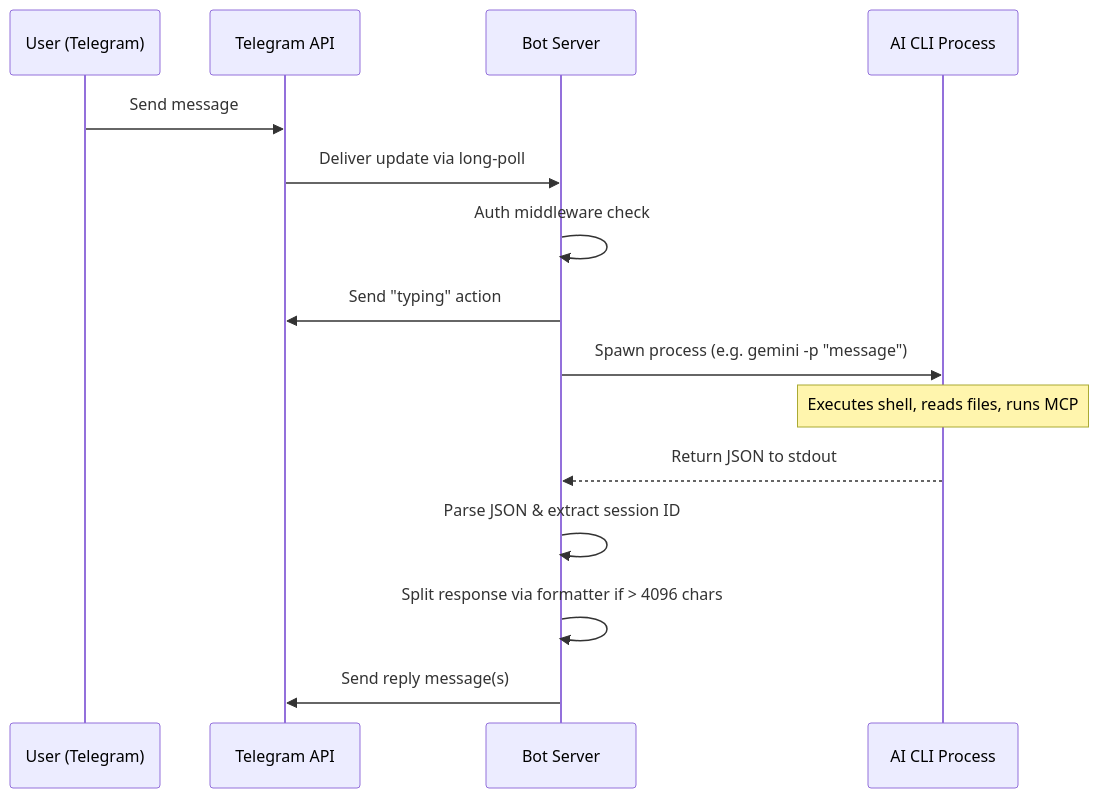
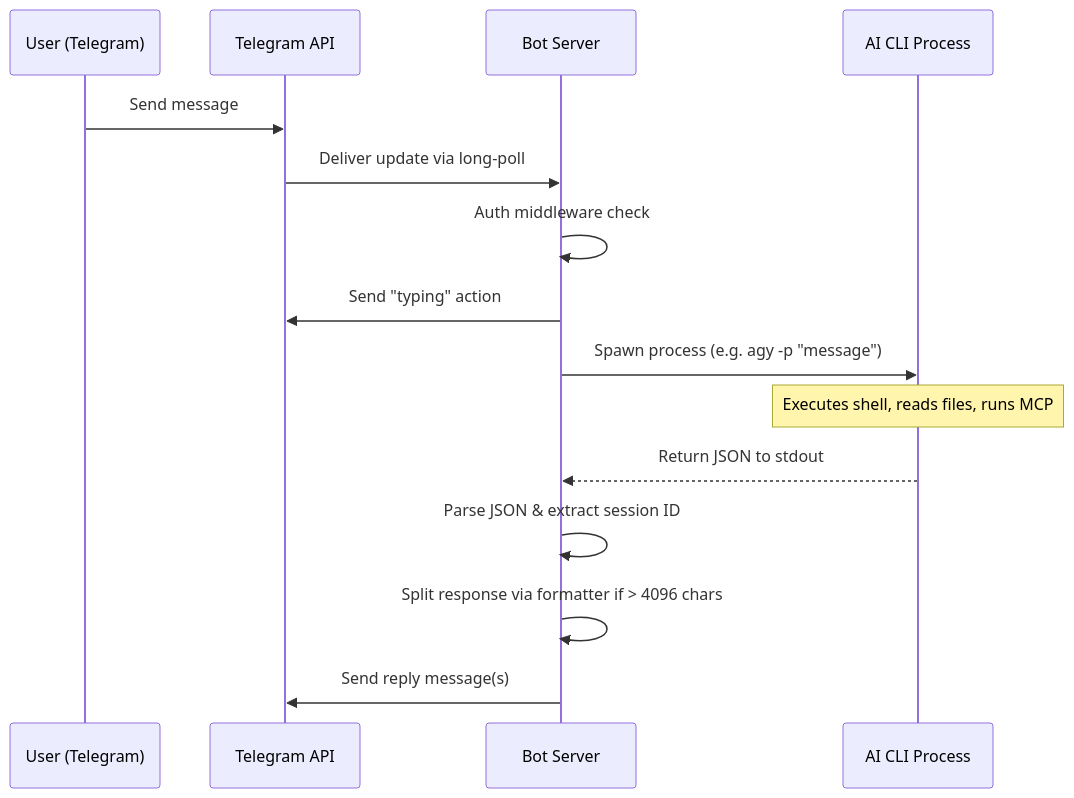
The fourth of 6 diagrams in apps/desktop/nexus-agent/README.md (VitruvianSoftware/vitruvian-core), drawn with Mermaid before and after one commit. The commit also changed other lines of this file and 43 other files, not shown here.

First line of the commit message:
feat: replace the retired Gemini CLI with the Antigravity CLI (agy) (#2373)

````diff
--- a/apps/desktop/nexus-agent/README.md
+++ b/apps/desktop/nexus-agent/README.md
@@ -124,18 +124,18 @@
 ```mermaid
 sequenceDiagram
     participant U as User (Telegram)
     participant T as Telegram API
     participant B as Bot Server
     participant C as AI CLI Process
 
     U->>T: Send message
     T->>B: Deliver update via long-poll
     B->>B: Auth middleware check
     B->>T: Send "typing" action
-    B->>C: Spawn process (e.g. gemini -p "message")
+    B->>C: Spawn process (e.g. agy -p "message")
     Note over C: Executes shell, reads files, runs MCP
     C-->>B: Return JSON to stdout
     B->>B: Parse JSON & extract session ID
     B->>B: Split response via formatter if > 4096 chars
     B->>T: Send reply message(s)
 ```
````
